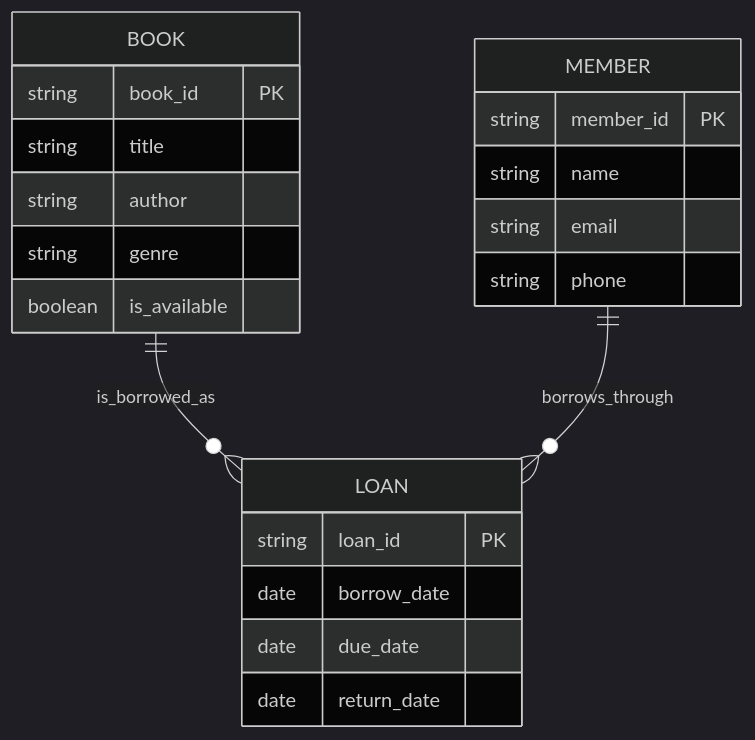
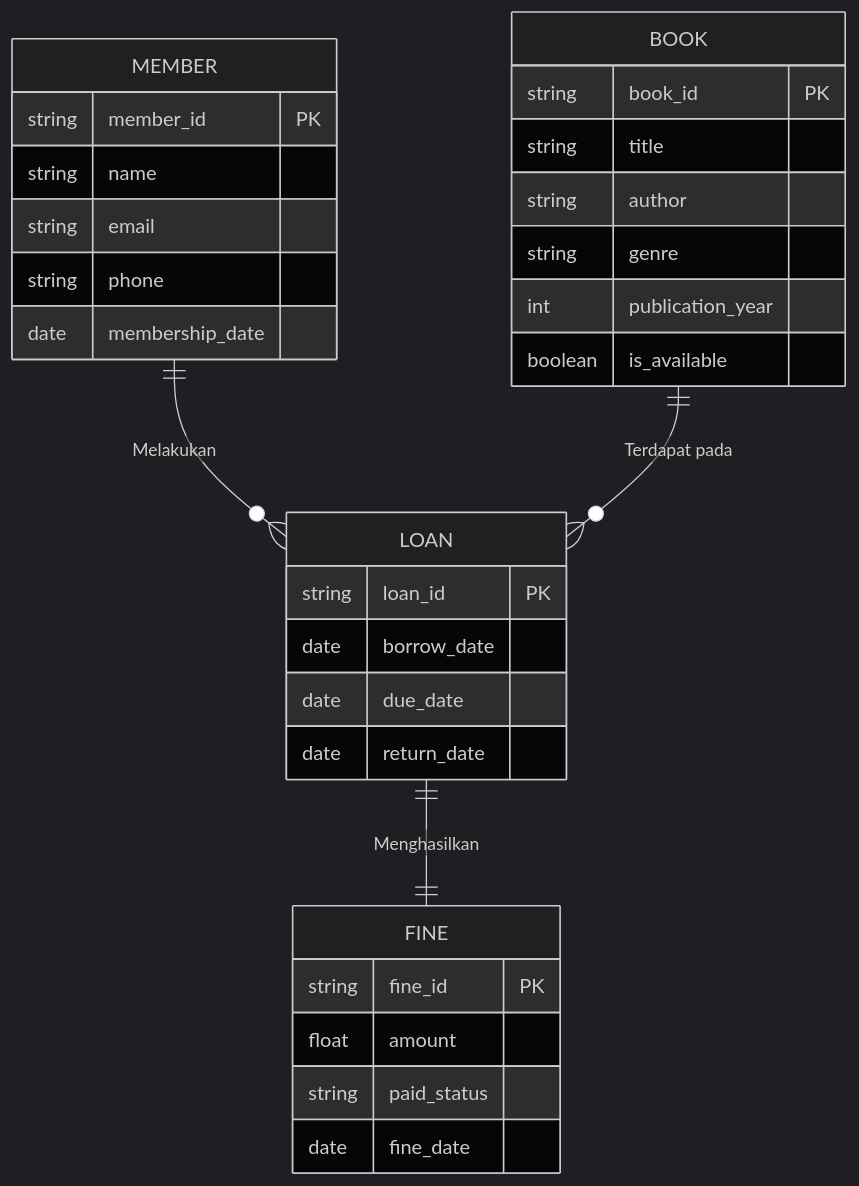
One commit to Mahardika-Ramadhana/Project-Proposal-ER-Diagram changed the diagram in README.md. Above: the diagram before and after it, drawn with Mermaid (dark theme).

Commit message:
Update README erd

````diff
--- a/README.md
+++ b/README.md
@@ -32,27 +32,37 @@
 ```mermaid
 erDiagram
+    MEMBER {
+        string member_id PK
+        string name
+        string email
+        string phone
+        date membership_date
+    }
+
     BOOK {
         string book_id PK
         string title
         string author
         string genre
+        int publication_year
         boolean is_available
     }
-    
-    MEMBER {
-        string member_id PK
-        string name
-        string email
-        string phone
-    }
-    
+
     LOAN {
         string loan_id PK
         date borrow_date
         date due_date
         date return_date
     }
 
-    BOOK ||--o{ LOAN : "is_borrowed_as"
-    MEMBER ||--o{ LOAN : "borrows_through"
+    FINE {
+        string fine_id PK
+        float amount
+        string paid_status
+        date fine_date
+    }
+
+    MEMBER ||--o{ LOAN : "Melakukan"
+    BOOK   ||--o{ LOAN : "Terdapat pada"
+    LOAN   ||--|| FINE : "Menghasilkan"
 ```
````
